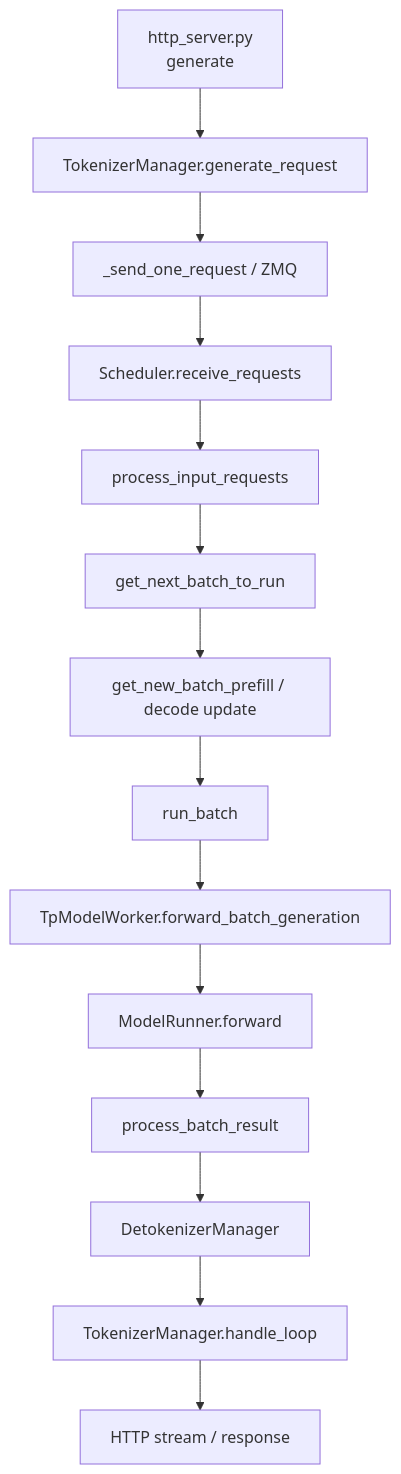
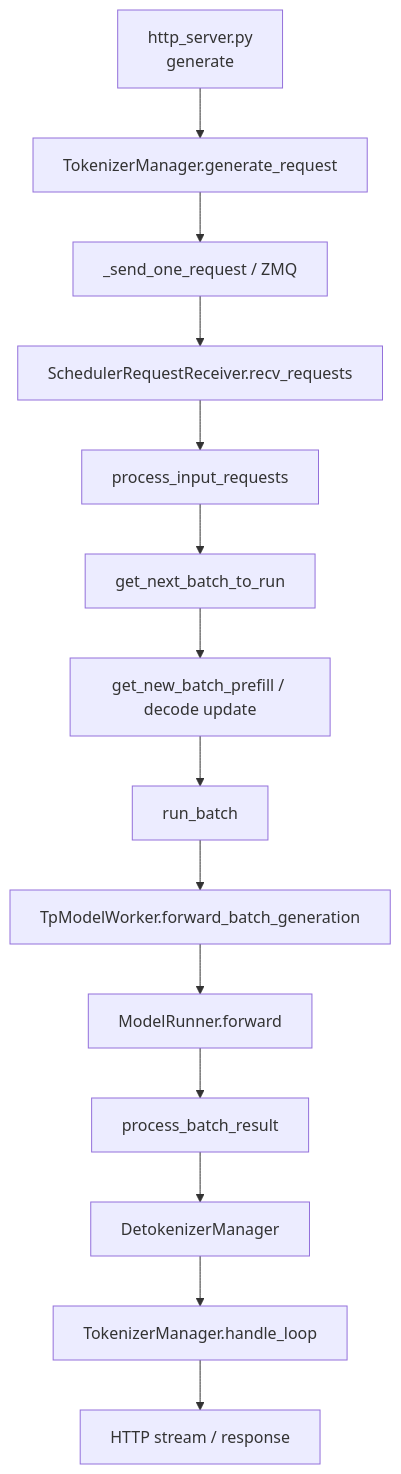
Before and after one commit to Cass998/losh_has_blog: the diagram in learning-sites/llm-systems/sglang/guide/source-map.md, drawn with Mermaid. The commit also changed other lines of this file and 106 other files, not shown here.

````diff
--- a/learning-sites/llm-systems/sglang/guide/source-map.md
+++ b/learning-sites/llm-systems/sglang/guide/source-map.md
@@ -41,16 +44,16 @@
 ```mermaid
 flowchart TD
     A[http_server.py<br/>generate] --> B[TokenizerManager.generate_request]
     B --> C[_send_one_request / ZMQ]
-    C --> D[Scheduler.receive_requests]
+    C --> D[SchedulerRequestReceiver.recv_requests]
     D --> E[process_input_requests]
     E --> F[get_next_batch_to_run]
     F --> G[get_new_batch_prefill / decode update]
     G --> H[run_batch]
     H --> I[TpModelWorker.forward_batch_generation]
     I --> J[ModelRunner.forward]
     J --> K[process_batch_result]
     K --> L[DetokenizerManager]
     L --> M[TokenizerManager.handle_loop]
     M --> N[HTTP stream / response]
 ```
````
